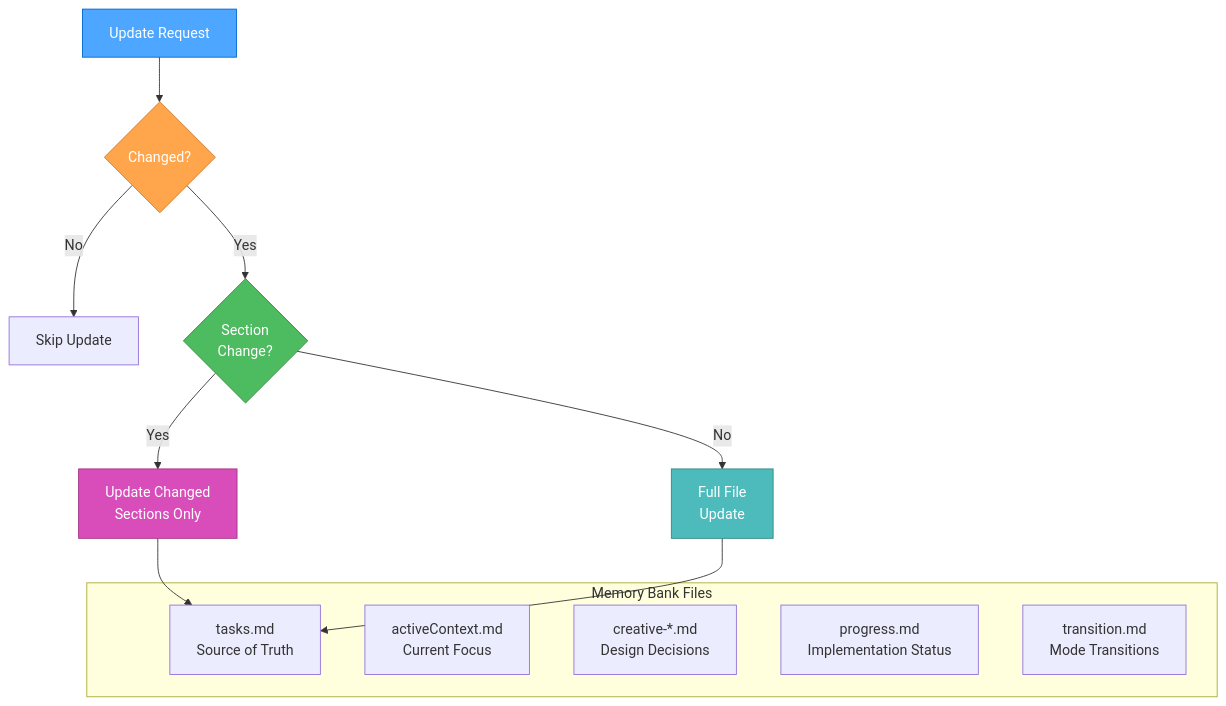
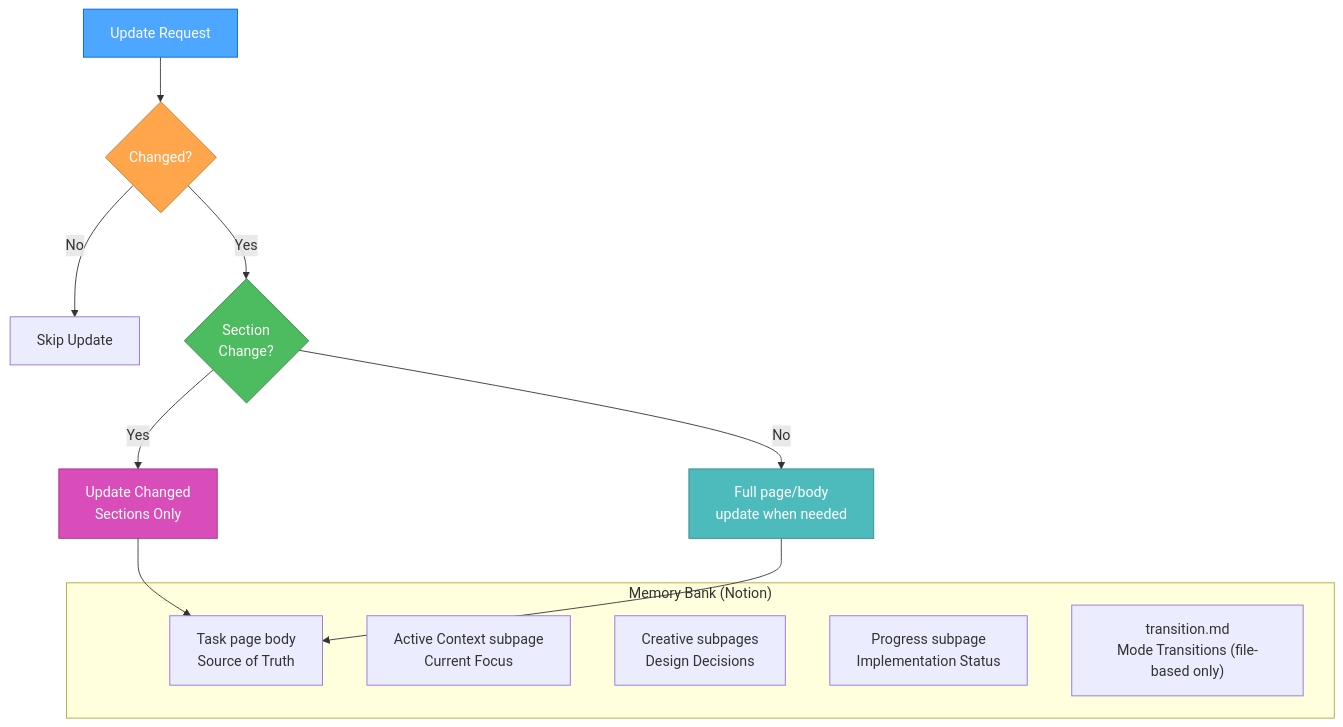
Before and after one commit to xianzhu21/cursor-memory-notion: the sixth of 6 diagrams in .cursor/rules/isolation_rules/main.mdc, drawn with Mermaid. The commit also changed other lines of this file and 37 other files, not shown here.

First line of the commit message:
feat: align Memory Bank rules with file-based terminology

````diff
--- a/.cursor/rules/isolation_rules/main.mdc
+++ b/.cursor/rules/isolation_rules/main.mdc
@@ -148,25 +148,25 @@
 ```mermaid
 graph TD
-    subgraph "Memory Bank Files"
-        tasks["tasks.md<br>Source of Truth"]
-        active["activeContext.md<br>Current Focus"]
-        creative["creative-*.md<br>Design Decisions"]
-        progress["progress.md<br>Implementation Status"]
-        transition["transition.md<br>Mode Transitions"]
+    subgraph "Memory Bank (Notion)"
+        tasks["Task page body<br>Source of Truth"]
+        active["Active Context subpage<br>Current Focus"]
+        creative["Creative subpages<br>Design Decisions"]
+        progress["Progress subpage<br>Implementation Status"]
+        transition["transition.md<br>Mode Transitions (file-based only)"]
     end
     
     Update["Update Request"] --> Diff{"Changed?"}
     Diff -->|"No"| Skip["Skip Update"]
     Diff -->|"Yes"| Section{"Section<br>Change?"}
     Section -->|"Yes"| Partial["Update Changed<br>Sections Only"]
-    Section -->|"No"| Full["Full File<br>Update"]
+    Section -->|"No"| Full["Full page/body<br>update when needed"]
     
     Partial --> tasks
     Full --> tasks
     
     style Update fill:#4da6ff,stroke:#0066cc,color:white
     style Diff fill:#ffa64d,stroke:#cc7a30,color:white
     style Section fill:#4dbb5f,stroke:#36873f,color:white
     style Partial fill:#d94dbb,stroke:#a3378a,color:white
     style Full fill:#4dbbbb,stroke:#368787,color:white
 ```
````
